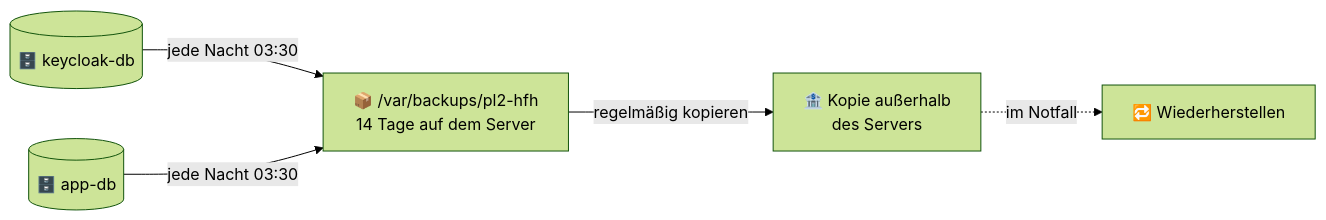
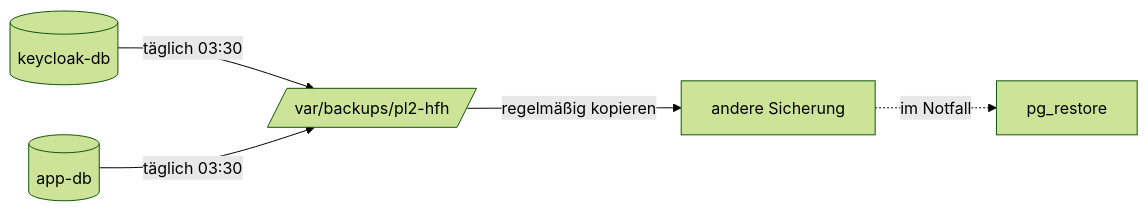
The fifth of 5 diagrams in keycloak/README.md (mbrx387/PL2-HFH), drawn with Mermaid (forest theme) before and after one commit. The commit also changed other lines of this file and 3 other files, not shown here.

````diff
--- a/keycloak/README.md
+++ b/keycloak/README.md
@@ -266,7 +265,7 @@
 ```mermaid
 flowchart LR
-    K[(🗄️ keycloak-db)] -->|jede Nacht 03:30| S[📦 /var/backups/pl2-hfh<br/>14 Tage auf dem Server]
-    A[(🗄️ app-db)] -->|jede Nacht 03:30| S
-    S -->|regelmäßig kopieren| O[🏦 Kopie außerhalb<br/>des Servers]
-    O -.->|im Notfall| R[🔁 Wiederherstellen]
+    K[(keycloak-db)] -->|täglich 03:30| S[/var/backups/pl2-hfh/]
+    A[(app-db)] -->|täglich 03:30| S
+    S -->|regelmäßig kopieren| O[andere Sicherung]
+    O -.->|im Notfall| R[pg_restore]
 ```
````
